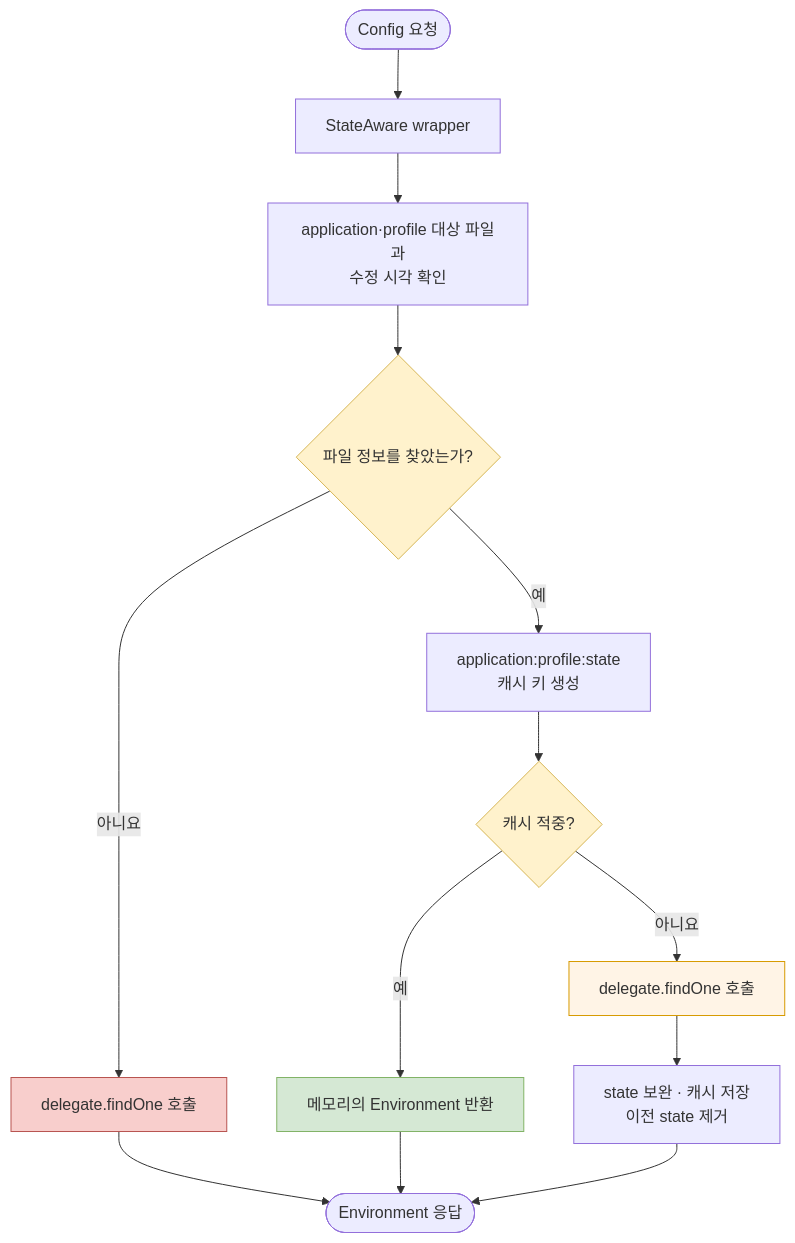
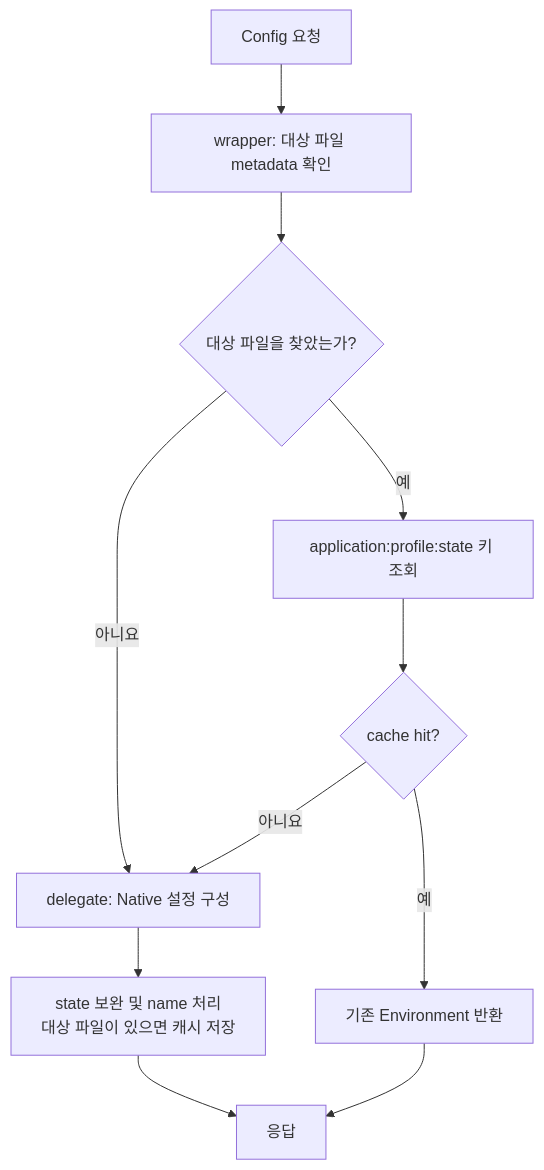
Before and after one commit to inchangson/inchangson.github.io: the diagram in src/content/posts/gateway-config-01-composition-boundary.md, drawn with Mermaid. The commit also changed other lines of this file and 7 other files, not shown here.

````diff
--- a/src/content/posts/gateway-config-01-composition-boundary.md
+++ b/src/content/posts/gateway-config-01-composition-boundary.md
@@ -91,21 +36,13 @@
 ```mermaid
 flowchart TD
-    REQ(["Config 요청"]) --> WRAP["StateAware wrapper"]
-    WRAP --> META["application·profile 대상 파일과<br/>수정 시각 확인"]
-    META --> FOUND{"파일 정보를 찾았는가?"}
-    FOUND -->|"아니요"| FALLBACK["delegate.findOne 호출"]
-    FOUND -->|"예"| KEY["application:profile:state<br/>캐시 키 생성"]
-    KEY --> HIT{"캐시 적중?"}
-    HIT -->|"예"| CACHED["메모리의 Environment 반환"]
-    HIT -->|"아니요"| DELEGATE["delegate.findOne 호출"]
-    DELEGATE --> STATE["state 보완 · 캐시 저장<br/>이전 state 제거"]
-    STATE --> RES(["Environment 응답"])
-    FALLBACK --> RES
-    CACHED --> RES
-
-    style FOUND fill:#fff2cc,stroke:#d6b656
-    style HIT fill:#fff2cc,stroke:#d6b656
-    style FALLBACK fill:#f8cecc,stroke:#b85450
-    style CACHED fill:#d5e8d4,stroke:#82b366
-    style DELEGATE fill:#fff4e6,stroke:#d79b00
+    R["Config 요청"] --> M["wrapper: 대상 파일 metadata 확인"]
+    M --> F{"대상 파일을 찾았는가?"}
+    F -->|"아니요"| D["delegate: Native 설정 구성"]
+    F -->|"예"| K["application:profile:state 키 조회"]
+    K --> H{"cache hit?"}
+    H -->|"아니요"| D
+    H -->|"예"| C["기존 Environment 반환"]
+    D --> S["state 보완 및 name 처리<br/>대상 파일이 있으면 캐시 저장"]
+    S --> E["응답"]
+    C --> E
 ```
````
